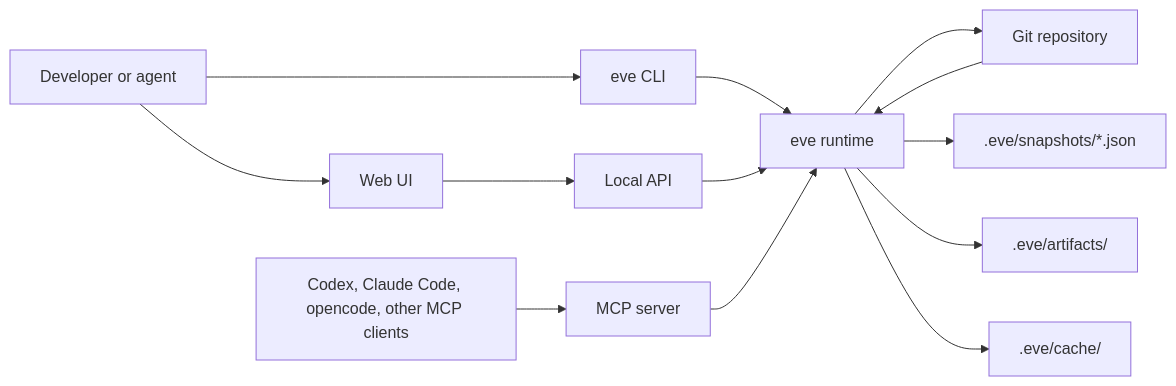
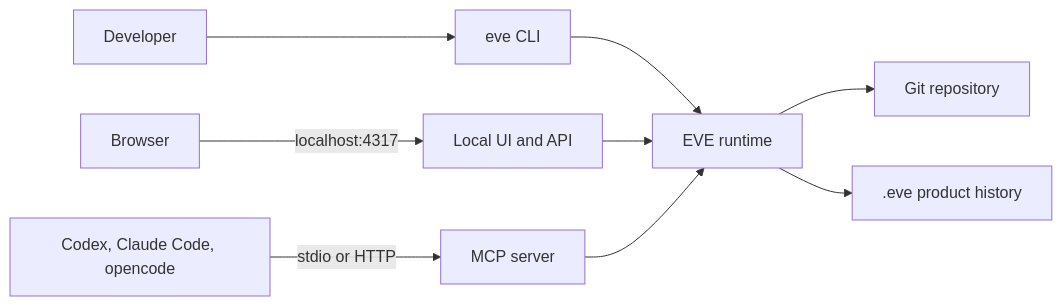
One commit to nhestrompia/eve changed the diagram in README.md. Above: the diagram before and after it, drawn with Mermaid. The commit also changed other lines of this file, not shown here.

````diff
--- a/README.md
+++ b/README.md
@@ -203,18 +59,13 @@
 ```mermaid
 flowchart LR
-    User[Developer or agent] --> CLI[eve CLI]
-    User --> UI[Web UI]
-    Agent[Codex, Claude Code, opencode, other MCP clients] --> MCP[MCP server]
+    Developer[Developer] --> CLI[eve CLI]
+    Browser[Browser] -->|localhost:4317| UI[Local UI and API]
+    Agents[Codex, Claude Code, opencode] -->|stdio or HTTP| MCP[MCP server]
 
-    CLI --> Runtime[eve runtime]
-    UI --> API[Local API]
-    API --> Runtime
+    CLI --> Runtime[EVE runtime]
+    UI --> Runtime
     MCP --> Runtime
 
     Runtime --> Git[Git repository]
-    Runtime --> Snapshots[.eve/snapshots/*.json]
-    Runtime --> Artifacts[.eve/artifacts/]
-    Runtime --> Cache[.eve/cache/]
-
-    Git --> Runtime
+    Runtime --> History[.eve product history]
 ```
````
